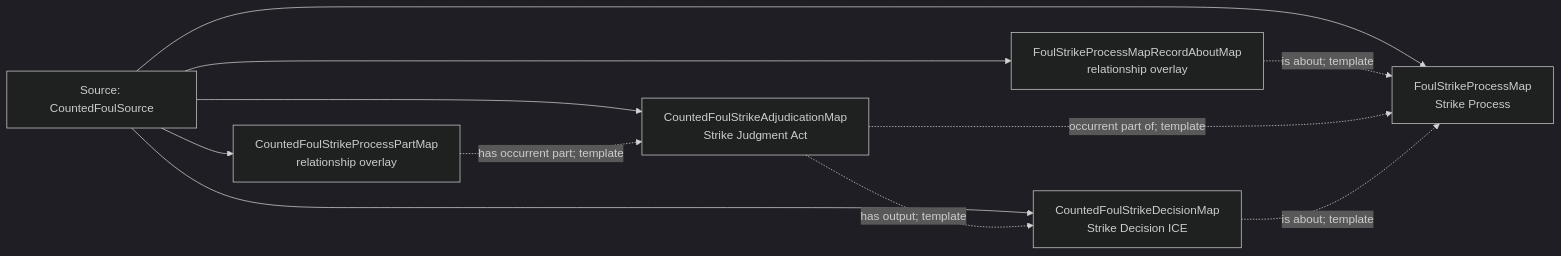
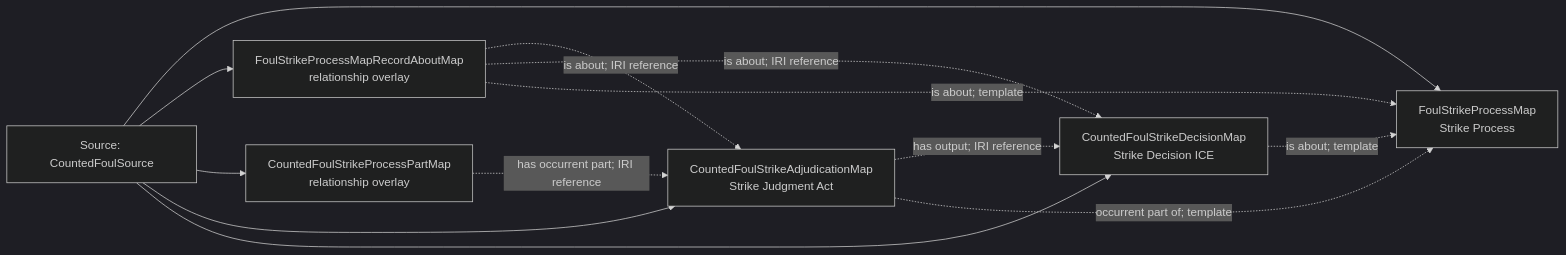
One commit to CarterBeauBenson/BaseballO changed the diagram in Baseball/mermaid/patterns/mlb-game/18-counted-foul-strike.md. Above: the diagram before and after it, drawn with Mermaid (dark theme). The commit also changed other lines of this file and 152 other files, not shown here.

````diff
--- a/Baseball/mermaid/patterns/mlb-game/18-counted-foul-strike.md
+++ b/Baseball/mermaid/patterns/mlb-game/18-counted-foul-strike.md
@@ -10,19 +10,21 @@
 ```mermaid
 flowchart LR
     S01["Source: CountedFoulSource"]
     M01["FoulStrikeProcessMap<br/>Strike Process"]
     M02["FoulStrikeProcessMapRecordAboutMap<br/>relationship overlay"]
     M03["CountedFoulStrikeProcessPartMap<br/>relationship overlay"]
     M04["CountedFoulStrikeAdjudicationMap<br/>Strike Judgment Act"]
     M05["CountedFoulStrikeDecisionMap<br/>Strike Decision ICE"]
     S01 --> M01
     S01 --> M02
     S01 --> M03
     S01 --> M04
     S01 --> M05
+    M02 -.->|is about; IRI reference| M04
+    M02 -.->|is about; IRI reference| M05
     M02 -.->|is about; template| M01
-    M03 -.->|has occurrent part; template| M04
-    M04 -.->|has output; template| M05
+    M03 -.->|has occurrent part; IRI reference| M04
+    M04 -.->|has output; IRI reference| M05
     M04 -.->|occurrent part of; template| M01
     M05 -.->|is about; template| M01
 ```
````
